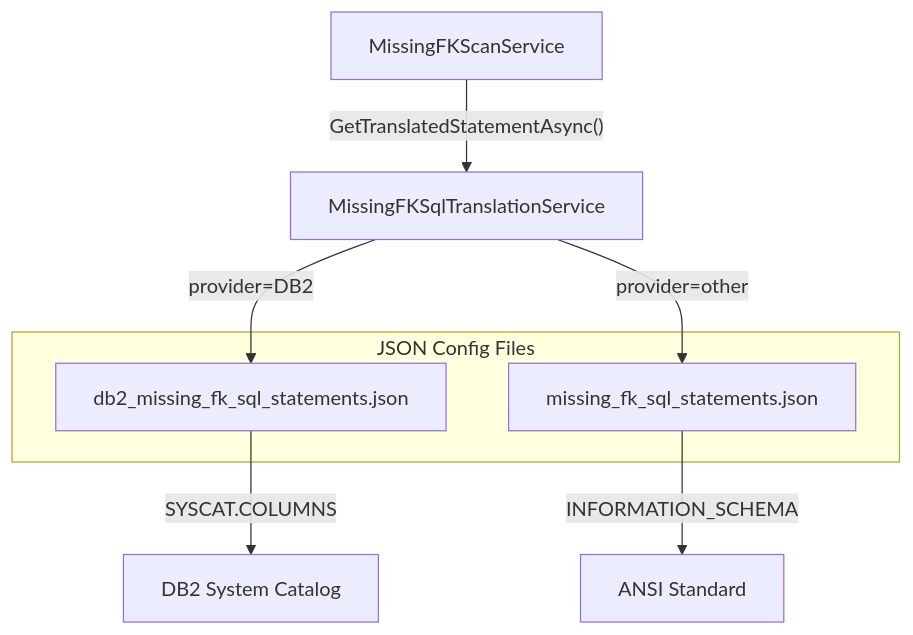
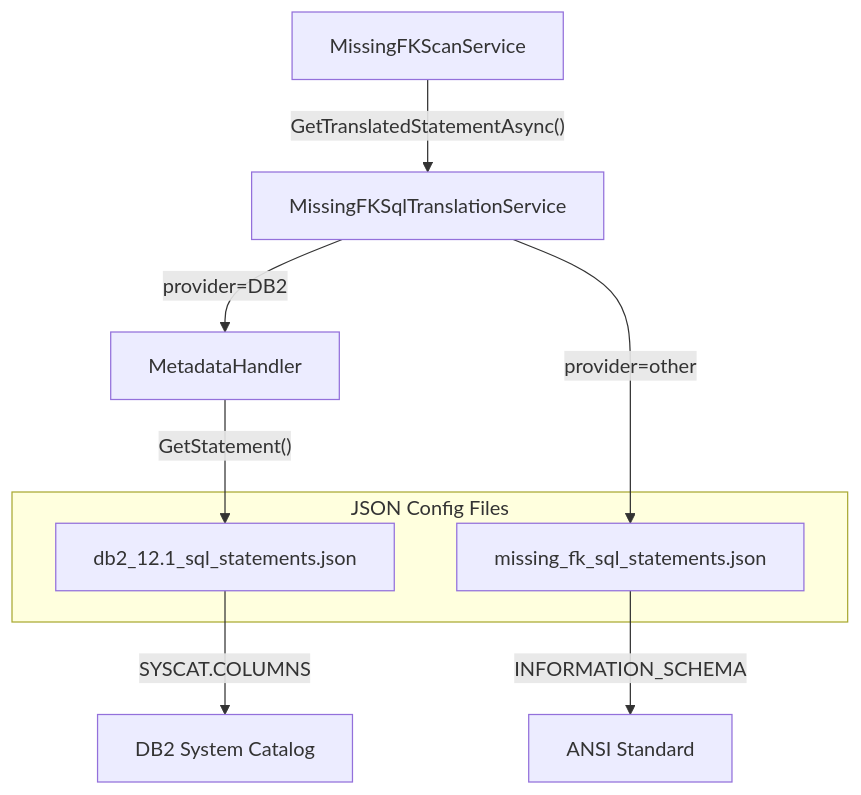
The fourth of 4 diagrams in MarkdownDoc/MISSING_FK_BATCH_JOB_ARCHITECTURE.md (stagei/WindowsDb2Editor), drawn with Mermaid before and after one commit. The commit also changed other lines of this file and 5 other files, not shown here.

Commit message:
Refactor Missing FK SQL to use centralized MetadataHandler - remove separate JSON files

````diff
--- a/MarkdownDoc/MISSING_FK_BATCH_JOB_ARCHITECTURE.md
+++ b/MarkdownDoc/MISSING_FK_BATCH_JOB_ARCHITECTURE.md
@@ -260,17 +260,19 @@
 ```mermaid
 graph TB
     SCAN[MissingFKScanService]
     TRANS[MissingFKSqlTranslationService]
+    META[MetadataHandler]
     
     subgraph "JSON Config Files"
-        DB2[db2_missing_fk_sql_statements.json]
+        DB2[db2_12.1_sql_statements.json]
         ANSI[missing_fk_sql_statements.json]
     end
     
     SCAN -->|"GetTranslatedStatementAsync()"| TRANS
-    TRANS -->|"provider=DB2"| DB2
+    TRANS -->|"provider=DB2"| META
+    META -->|"GetStatement()"| DB2
     TRANS -->|"provider=other"| ANSI
     
     DB2 -->|"SYSCAT.COLUMNS"| SYSCAT[DB2 System Catalog]
     ANSI -->|"INFORMATION_SCHEMA"| INFO[ANSI Standard]
 ```
````
